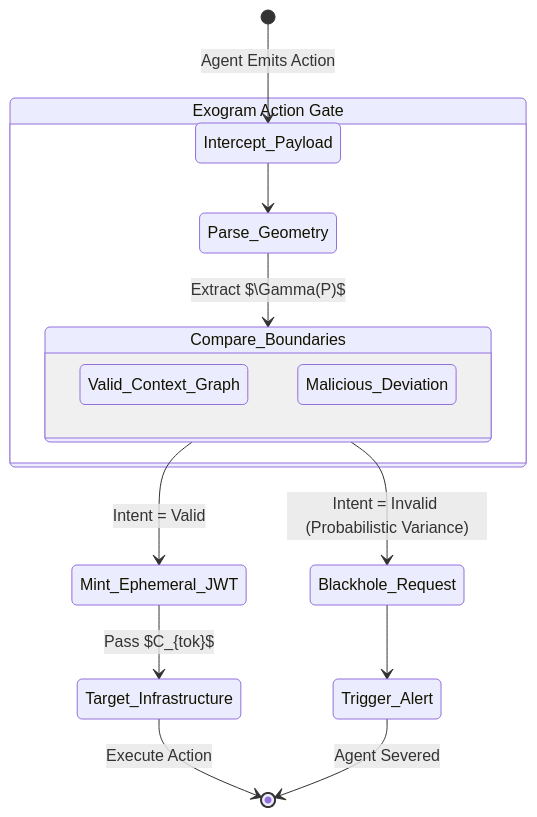
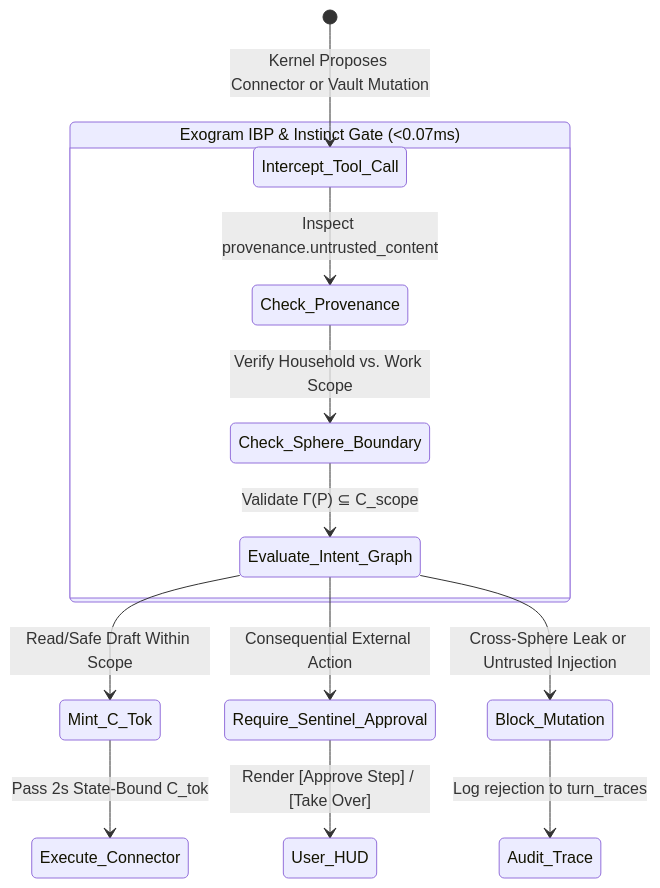
The second of 2 diagrams in 0002-intent-based-permissioning.md (Richard-Ewing/exogram-protocol-rfc), drawn with Mermaid before and after one commit. The commit also changed other lines of this file and 15 other files, not shown here.

````diff
--- a/0002-intent-based-permissioning.md
+++ b/0002-intent-based-permissioning.md
@@ -68,25 +83,20 @@
 ```mermaid
 stateDiagram-v2
     direction TB
     
-    [*] --> Intercept_Payload : Agent Emits Action
+    [*] --> Intercept_Tool_Call : Kernel Proposes Connector or Vault Mutation
     
-    state "Exogram Action Gate" as Gate {
-        Intercept_Payload --> Parse_Geometry
-        Parse_Geometry --> Compare_Boundaries : Extract $\Gamma(P)$
-        
-        state Compare_Boundaries {
-            Valid_Context_Graph
-            Malicious_Deviation
-        }
-        
+    state "Exogram IBP & Instinct Gate (<0.07ms)" as Gate {
+        Intercept_Tool_Call --> Check_Provenance : Inspect provenance.untrusted_content
+        Check_Provenance --> Check_Sphere_Boundary : Verify Household vs. Work Scope
+        Check_Sphere_Boundary --> Evaluate_Intent_Graph : Validate Γ(P) ⊆ C_scope
     }
     
-    Compare_Boundaries --> Mint_Ephemeral_JWT : Intent = Valid
-    Mint_Ephemeral_JWT --> Target_Infrastructure : Pass $C_{tok}$
-    Target_Infrastructure --> [*] : Execute Action
+    Evaluate_Intent_Graph --> Mint_C_Tok : Read/Safe Draft Within Scope
+    Evaluate_Intent_Graph --> Require_Sentinel_Approval : Consequential External Action
+    Evaluate_Intent_Graph --> Block_Mutation : Cross-Sphere Leak or Untrusted Injection
     
-    Compare_Boundaries --> Blackhole_Request : Intent = Invalid (Probabilistic Variance)
-    Blackhole_Request --> Trigger_Alert
-    Trigger_Alert --> [*] : Agent Severed
+    Mint_C_Tok --> Execute_Connector : Pass 2s State-Bound C_tok
+    Require_Sentinel_Approval --> User_HUD : Render [Approve Step] / [Take Over]
+    Block_Mutation --> Audit_Trace : Log rejection to turn_traces
 ```
````
